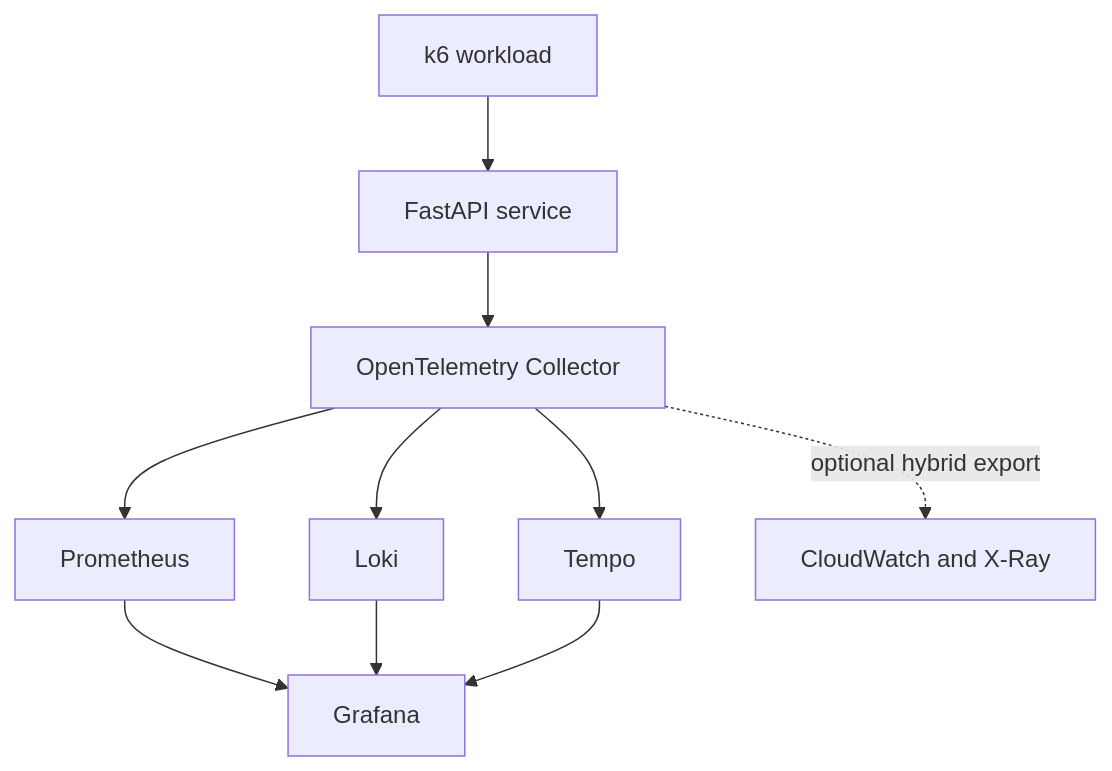
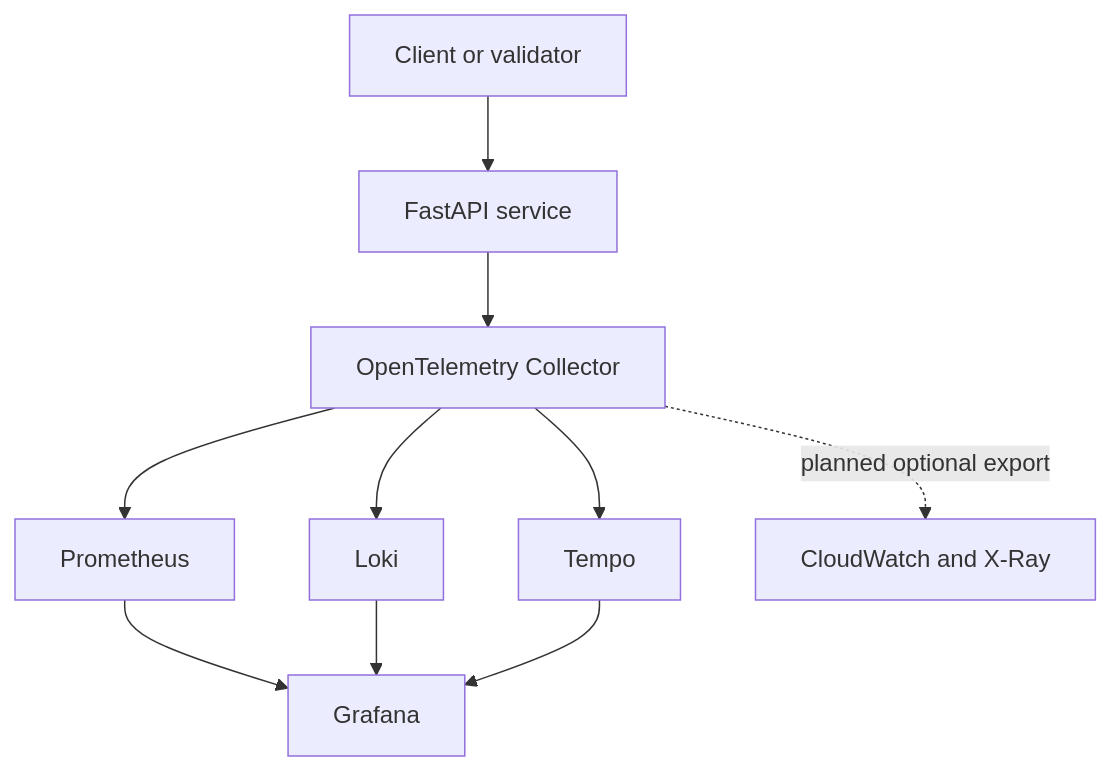
Before and after one commit to itamarsb/hybrid-observability-platform: the diagram in README.md, drawn with Mermaid. The commit also changed other lines of this file, not shown here.

````diff
--- a/README.md
+++ b/README.md
@@ -22,12 +28,12 @@
 ```mermaid
 flowchart TB
-    K6["k6 workload"] --> API["FastAPI service"]
+    CLIENT["Client or validator"] --> API["FastAPI service"]
     API --> OTEL["OpenTelemetry Collector"]
     OTEL --> PROM["Prometheus"]
     OTEL --> LOKI["Loki"]
     OTEL --> TEMPO["Tempo"]
     PROM --> GRAFANA["Grafana"]
     LOKI --> GRAFANA
     TEMPO --> GRAFANA
-    OTEL -. "optional hybrid export" .-> AWS["CloudWatch and X-Ray"]
+    OTEL -. "planned optional export" .-> AWS["CloudWatch and X-Ray"]
 ```
````
